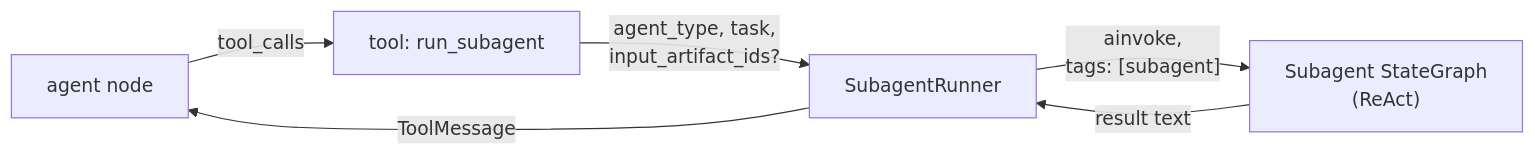
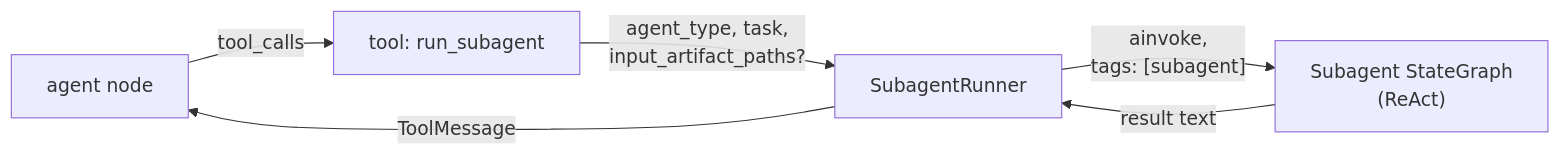
The fifth of 5 diagrams in doc/tech/agent-runtime.md (Bbar0n234/learnflow-ai), drawn with Mermaid before and after one commit. The commit also changed other lines of this file and 21 other files, not shown here.

````diff
--- a/doc/tech/agent-runtime.md
+++ b/doc/tech/agent-runtime.md
@@ -321,8 +339,8 @@
 ```mermaid
 flowchart LR
     NODE["agent node"] -->|tool_calls| TOOL["tool: run_subagent"]
-    TOOL -->|"agent_type, task,<br/>input_artifact_ids?"| RUNNER["SubagentRunner"]
+    TOOL -->|"agent_type, task,<br/>input_artifact_paths?"| RUNNER["SubagentRunner"]
     RUNNER -->|"ainvoke,<br/>tags: [subagent]"| SGRAPH["Subagent StateGraph<br/>(ReAct)"]
     SGRAPH -->|result text| RUNNER
     RUNNER -->|ToolMessage| NODE
 ```
````
